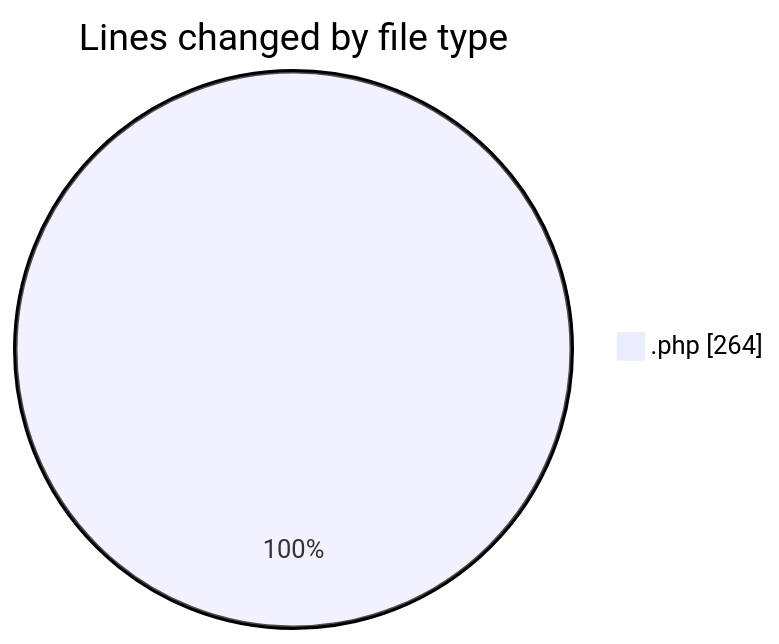
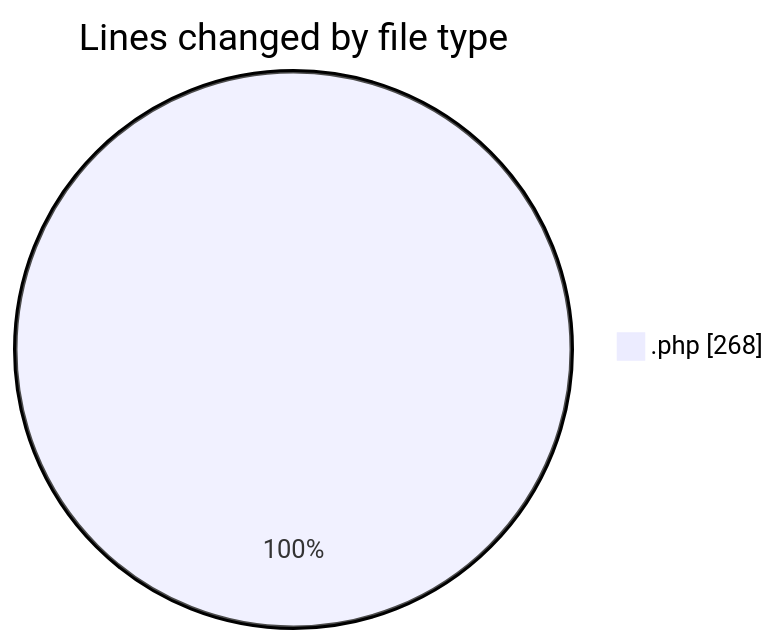
One commit to idhammustaqopulfikri/code-tracking changed the first of 2 diagrams in 2025-04-19/autodidak/README.md. Above: the diagram before and after it, drawn with Mermaid. The commit also changed other lines of this file and 1 other file, not shown here.

````diff
--- a/2025-04-19/autodidak/README.md
+++ b/2025-04-19/autodidak/README.md
@@ -24,5 +24,5 @@
 ```mermaid
 pie showData
 title Lines changed by file type
-".php" : 264
+".php" : 268
 ```
````
